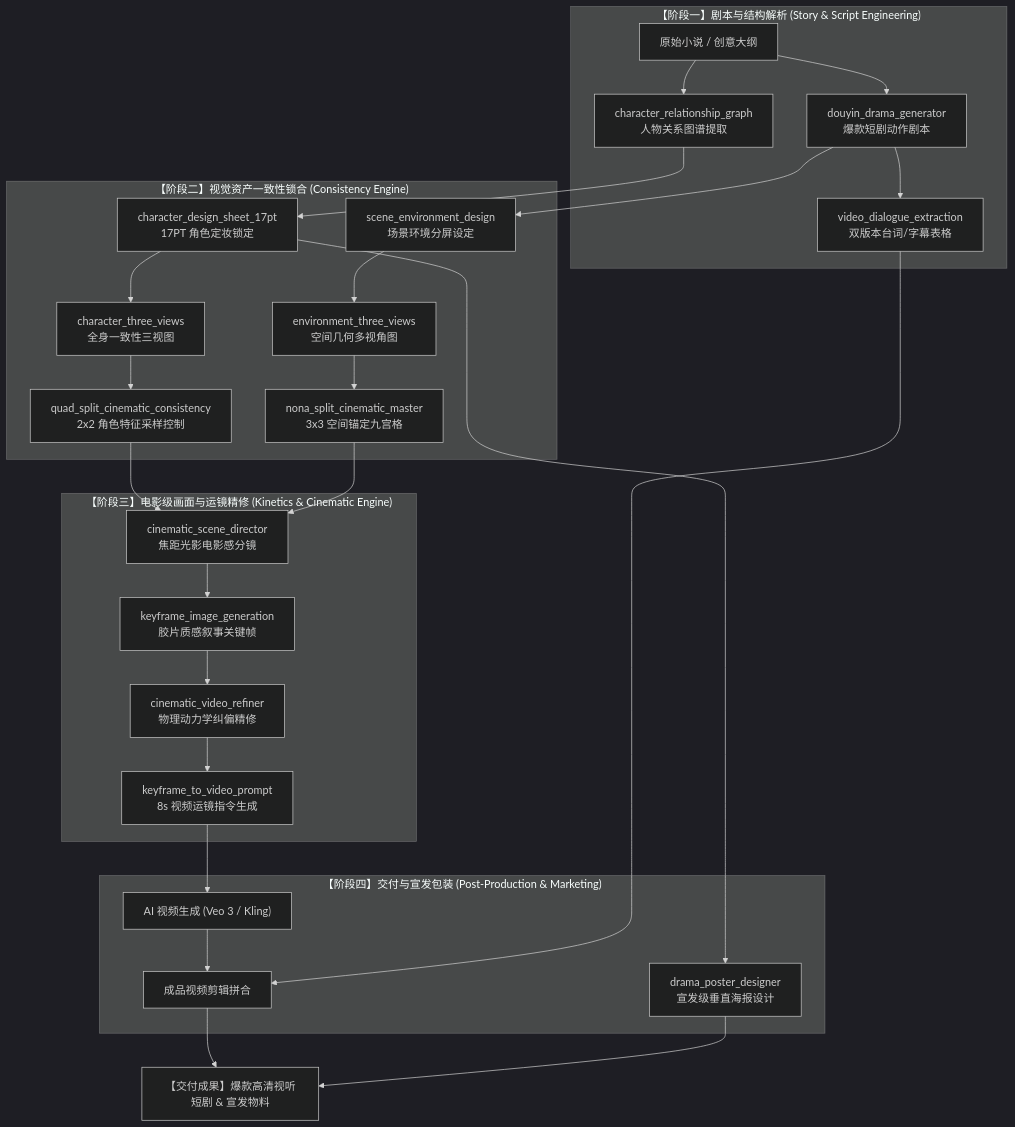
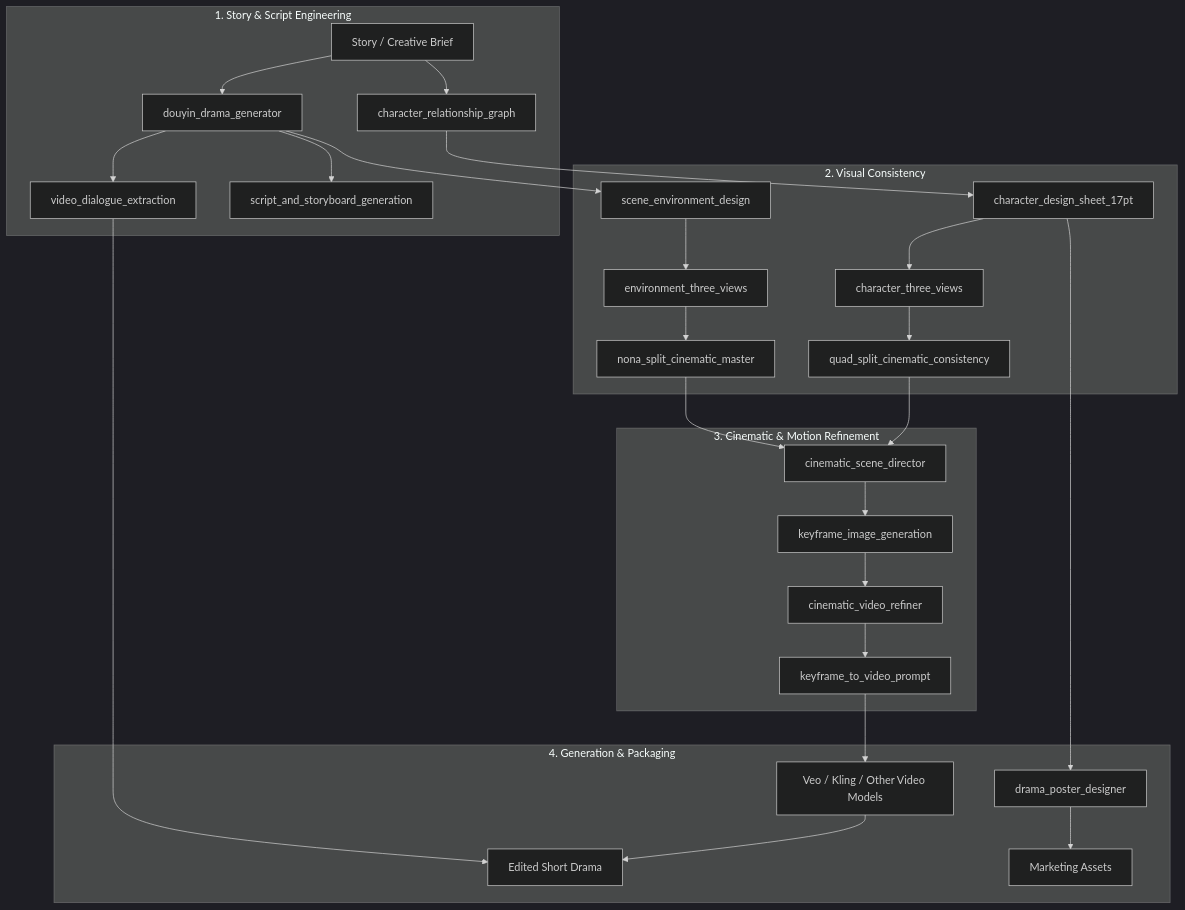
The second of 2 diagrams in README.md (chusday97/ai-cinematic-pipeline), drawn with Mermaid (dark theme) before and after one commit. The commit also changed other lines of this file, not shown here.

Commit message:
Refresh cinematic pipeline README

````diff
--- a/README.md
+++ b/README.md
@@ -25,43 +51,34 @@
 ```mermaid
-graph TD
-    %% 阶段 1：剧本与结构解析
-    subgraph Phase1["【阶段一】剧本与结构解析 (Story & Script Engineering)"]
-        A["原始小说 / 创意大纲"] --> B["character_relationship_graph<br>人物关系图谱提取"]
-        A --> C["douyin_drama_generator<br>爆款短剧动作剧本"]
-        C --> D["video_dialogue_extraction<br>双版本台词/字幕表格"]
-    end
+flowchart TD
+  subgraph P1["1. Story & Script Engineering"]
+    A[Story / Creative Brief] --> B[douyin_drama_generator]
+    A --> C[character_relationship_graph]
+    B --> D[video_dialogue_extraction]
+    B --> E[script_and_storyboard_generation]
+  end
 
-    %% 阶段 2：视觉资产一致性锁合
-    subgraph Phase2["【阶段二】视觉资产一致性锁合 (Consistency Engine)"]
-        B --> E["character_design_sheet_17pt<br>17PT 角色定妆锁定"]
-        E --> F["character_three_views<br>全身一致性三视图"]
-        
-        %% 环境与空间
-        C --> G["scene_environment_design<br>场景环境分屏设定"]
-        G --> H["environment_three_views<br>空间几何多视角图"]
-        
-        %% 多宫格采样控制
-        F --> I["quad_split_cinematic_consistency<br>2x2 角色特征采样控制"]
-        H --> J["nona_split_cinematic_master<br>3x3 空间锚定九宫格"]
-    end
+  subgraph P2["2. Visual Consistency"]
+    C --> F[character_design_sheet_17pt]
+    F --> G[character_three_views]
+    B --> H[scene_environment_design]
+    H --> I[environment_three_views]
+    G --> J[quad_split_cinematic_consistency]
+    I --> K[nona_split_cinematic_master]
+  end
 
-    %% 阶段 3：电影级画面与运镜精修
-    subgraph Phase3["【阶段三】电影级画面与运镜精修 (Kinetics & Cinematic Engine)"]
-        I & J --> K["cinematic_scene_director<br>焦距光影电影感分镜"]
-        K --> L["keyframe_image_generation<br>胶片质感叙事关键帧"]
-        L --> M["cinematic_video_refiner<br>物理动力学纠偏精修"]
-        M --> N["keyframe_to_video_prompt<br>8s 视频运镜指令生成"]
-    end
+  subgraph P3["3. Cinematic & Motion Refinement"]
+    J --> L[cinematic_scene_director]
+    K --> L
+    L --> M[keyframe_image_generation]
+    M --> N[cinematic_video_refiner]
+    N --> O[keyframe_to_video_prompt]
+  end
 
-    %% 阶段 4：交付与宣发包装
-    subgraph Phase4["【阶段四】交付与宣发包装 (Post-Production & Marketing)"]
-        N --> O["AI 视频生成 (Veo 3 / Kling)"]
-        O --> P["成品视频剪辑拼合"]
-        E --> Q["drama_poster_designer<br>宣发级垂直海报设计"]
-    end
-
-    %% 连接
-    D --> P
-    P --> R["【交付成果】爆款高清视听短剧 & 宣发物料"]
-    Q --> R
+  subgraph P4["4. Generation & Packaging"]
+    O --> P[Veo / Kling / Other Video Models]
+    F --> Q[drama_poster_designer]
+    P --> R[Edited Short Drama]
+    D --> R
+    Q --> S[Marketing Assets]
+  end
 ```
````
